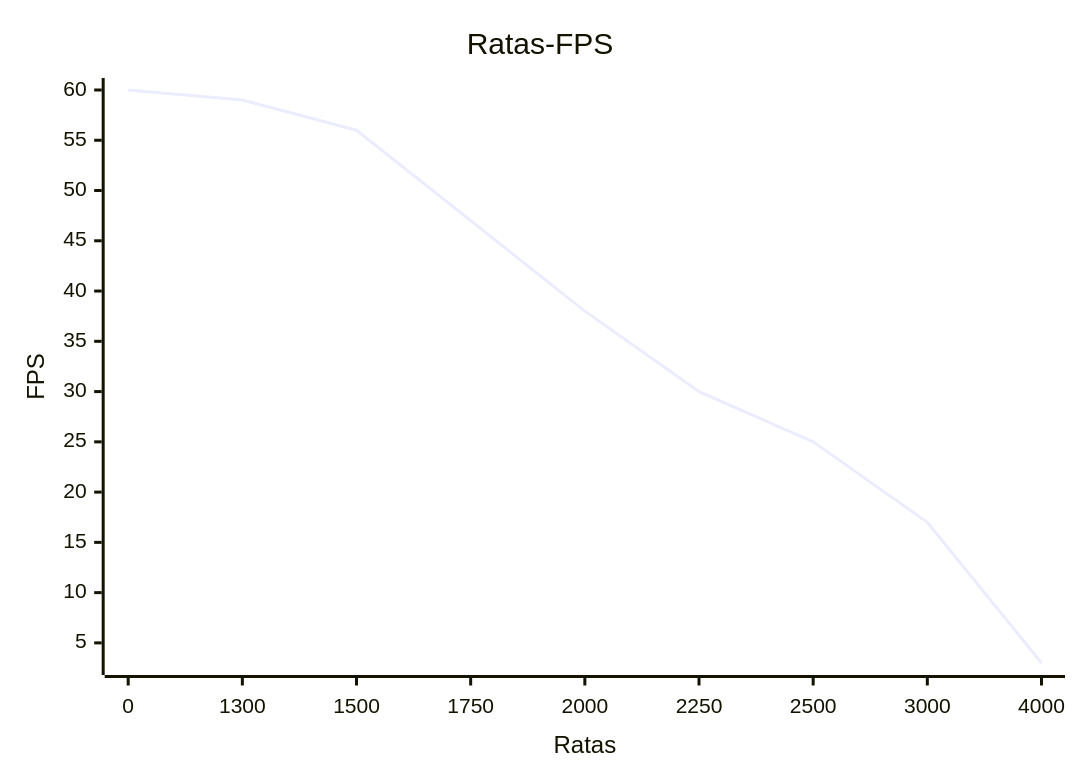
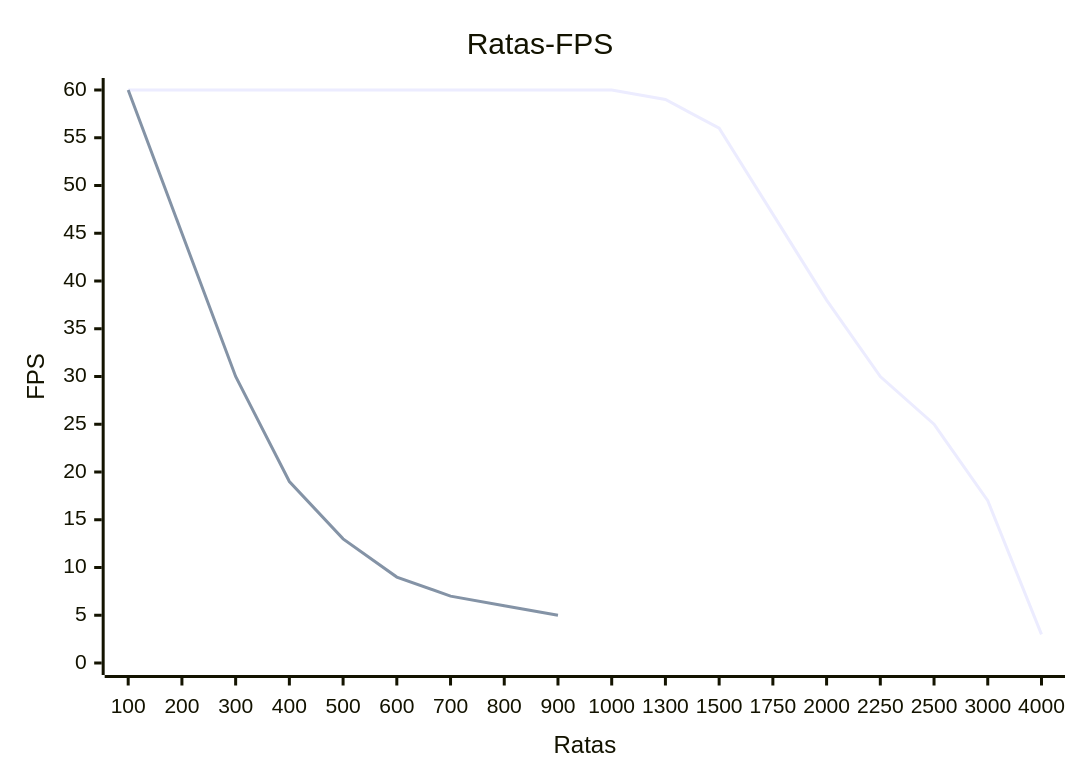
One commit to IAV26-G09/IAV26-G09-P1 changed the fifth of 5 diagrams in README.md. Above: the diagram before and after it, drawn with Mermaid. The commit also changed other lines of this file, not shown here.

````diff
--- a/README.md
+++ b/README.md
@@ -484,7 +486,8 @@
 ```mermaid
 xychart-beta
 title "Ratas-FPS"
-x-axis "Ratas" [0, 1300, 1500, 1750, 2000, 2250, 2500, 3000, 4000]
-y-axis "FPS" 3 --> 60
-line [60, 59, 56, 47, 38, 30, 25, 17, 3]
+x-axis "Ratas" [100, 200, 300, 400, 500, 600, 700, 800, 900, 1000, 1300, 1500, 1750, 2000, 2250, 2500, 3000, 4000]
+y-axis "FPS" 0 --> 60
+line [60, 60, 60, 60, 60, 60, 60, 60, 60, 60, 59, 56, 47, 38, 30, 25, 17, 3]
+line [60, 45, 30, 19, 13, 9, 7, 6, 5]
 ```
````
